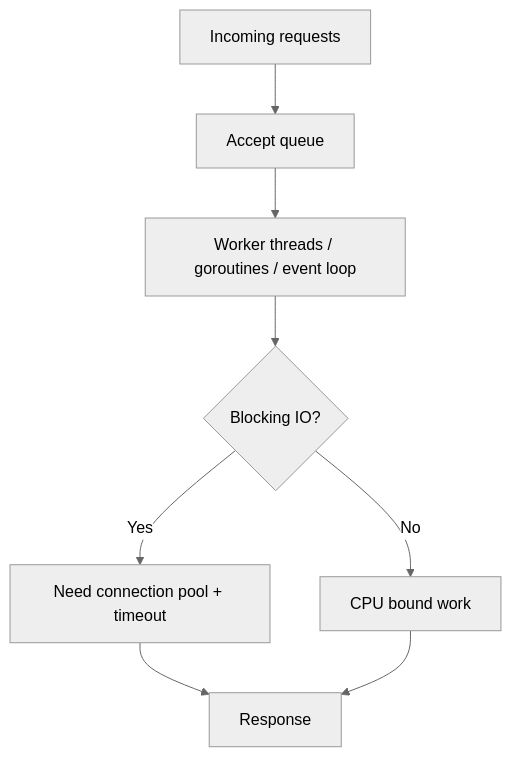
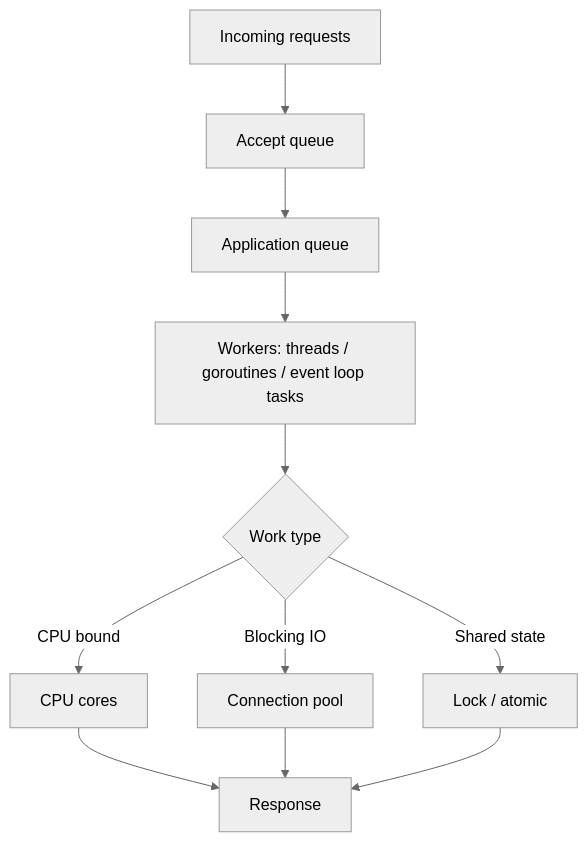
Before and after one commit to AmazingCaddy/readings-backend: the first of 4 diagrams in docs/fundamentals/concurrency-model.md, drawn with Mermaid (neutral theme). The commit also changed other lines of this file, not shown here.

````diff
--- a/docs/fundamentals/concurrency-model.md
+++ b/docs/fundamentals/concurrency-model.md
@@ -9,10 +46,13 @@
 ```mermaid
 flowchart TD
     A[Incoming requests] --> B[Accept queue]
-    B --> C[Worker threads / goroutines / event loop]
-    C --> D{Blocking IO?}
-    D -->|Yes| E[Need connection pool + timeout]
-    D -->|No| F[CPU bound work]
-    E --> G[Response]
-    F --> G
+    B --> C[Application queue]
+    C --> D[Workers: threads / goroutines / event loop tasks]
+    D --> E{Work type}
+    E -->|CPU bound| F[CPU cores]
+    E -->|Blocking IO| G[Connection pool]
+    E -->|Shared state| H[Lock / atomic]
+    F --> I[Response]
+    G --> I
+    H --> I
 ```
````
